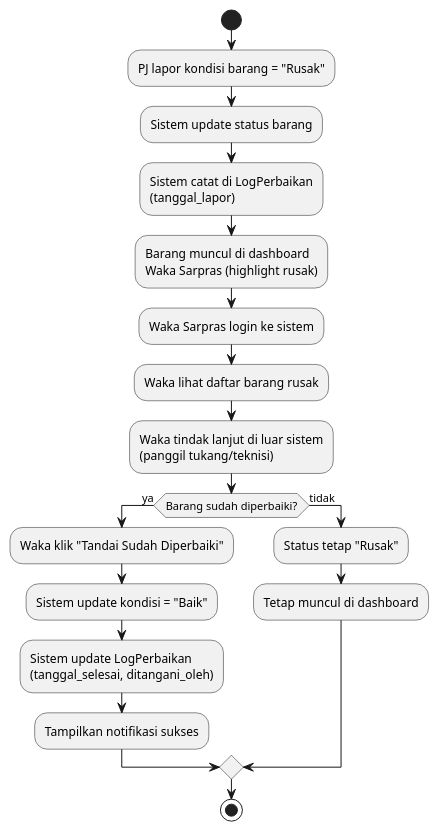
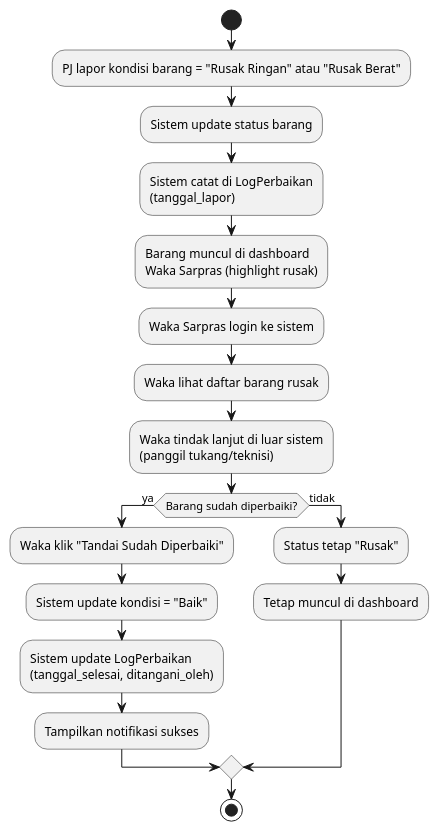
Before and after one commit to Aris0506/sipras-nt: the diagram in flowchartbarangRusak.puml, drawn with PlantUML. The commit also changed 10 other files, not shown here.

Commit message:
feat: dukung kondisi barang tiga level

```diff
--- a/flowchartbarangRusak.puml
+++ b/flowchartbarangRusak.puml
@@ -1,24 +1,24 @@
 @startuml SIPRAS-NT_Flowchart_TindakRusak
 start
-:PJ lapor kondisi barang = "Rusak";
+:PJ lapor kondisi barang = "Rusak Ringan" atau "Rusak Berat";
 :Sistem update status barang;
 :Sistem catat di LogPerbaikan
 (tanggal_lapor);
 :Barang muncul di dashboard
 Waka Sarpras (highlight rusak);
 :Waka Sarpras login ke sistem;
 :Waka lihat daftar barang rusak; 
 :Waka tindak lanjut di luar sistem
 (panggil tukang/teknisi);
 if (Barang sudah diperbaiki?) then (ya)
   :Waka klik "Tandai Sudah Diperbaiki";
   :Sistem update kondisi = "Baik";
   :Sistem update LogPerbaikan
   (tanggal_selesai, ditangani_oleh);
   :Tampilkan notifikasi sukses;
 else (tidak)
   :Status tetap "Rusak";
   :Tetap muncul di dashboard;
 endif
 stop
 @enduml
```
